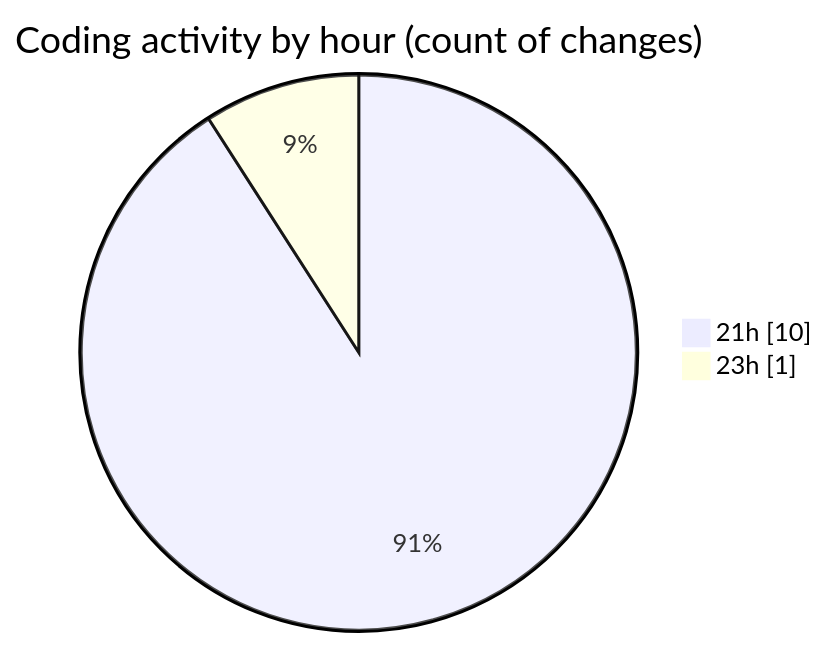
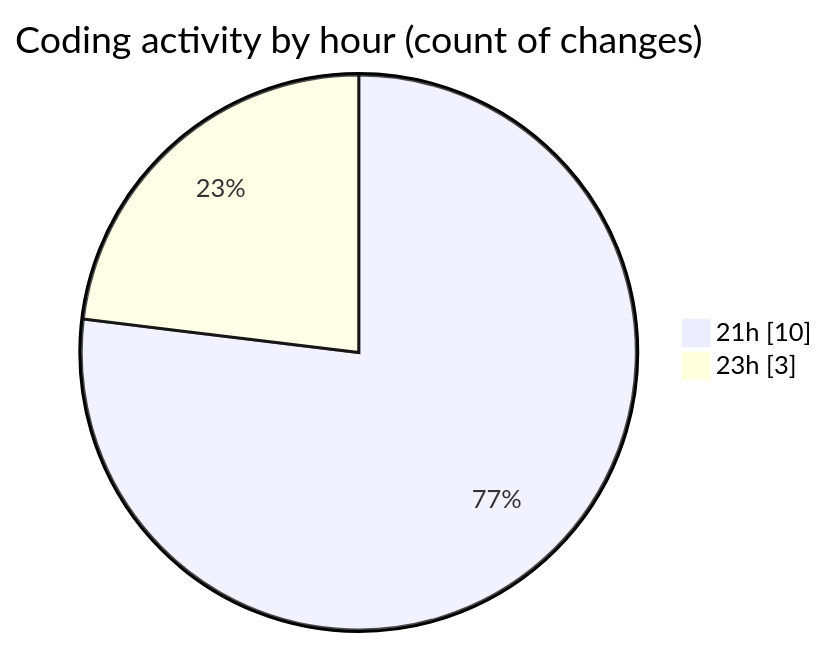
Before and after one commit to Ritupan-Deka/code-tracking: the second of 2 diagrams in 2025-08-06/javascript/README.md, drawn with Mermaid. The commit also changed other lines of this file and 1 other file, not shown here.

````diff
--- a/2025-08-06/javascript/README.md
+++ b/2025-08-06/javascript/README.md
@@ -30,6 +30,6 @@
 ```mermaid
 pie showData
 title Coding activity by hour (count of changes)
 "21h" : 10
-"23h" : 1
+"23h" : 3
 ```
````
